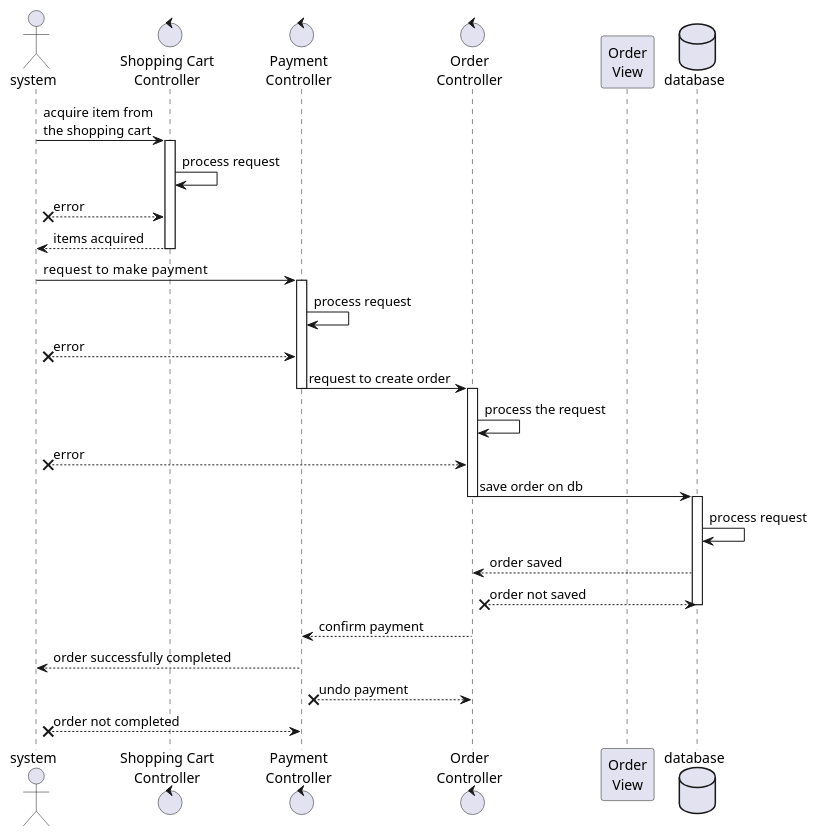
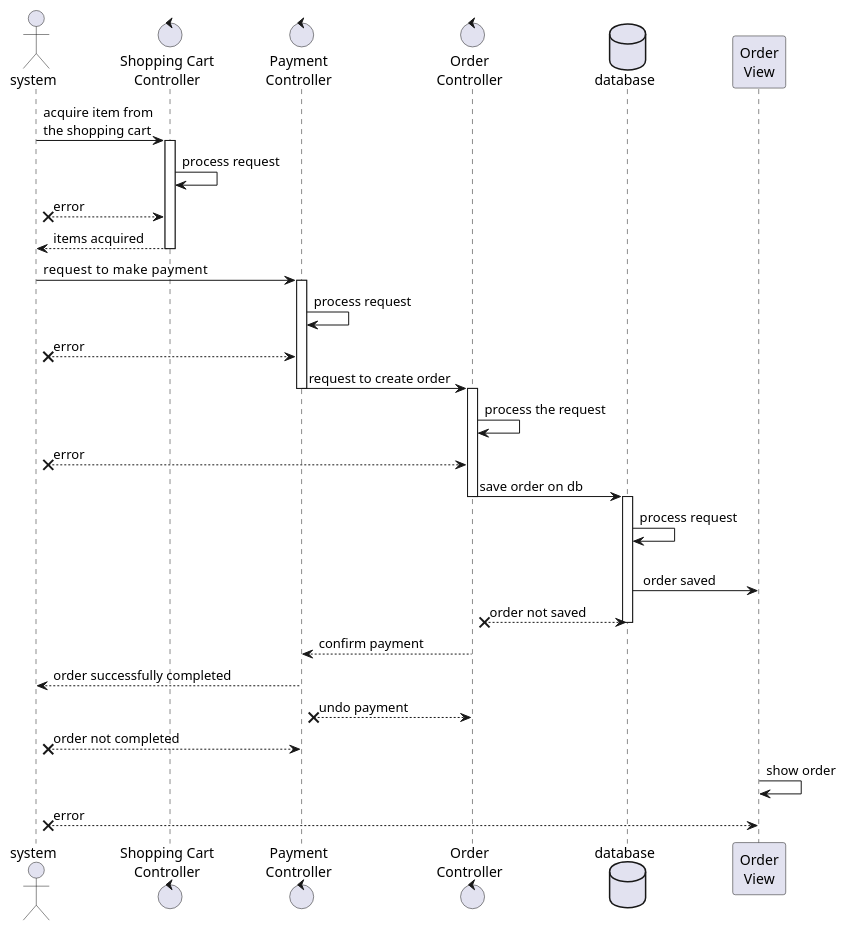
One commit to TommasoScalici/FoodDelivery changed the diagram in src/main/java/unipa/fooddelivery/diagrams/sequence/system/orderProcessing.wsd. Above: the diagram before and after it, drawn with PlantUML. The commit also changed 3 other files, not shown here.

Commit message:
create sequence diagram for shoppingcart, orderProcessing, reservationProcessing, fix some stuff

```diff
--- a/src/main/java/unipa/fooddelivery/diagrams/sequence/system/orderProcessing.wsd
+++ b/src/main/java/unipa/fooddelivery/diagrams/sequence/system/orderProcessing.wsd
@@ -1,43 +1,46 @@
 @startuml orderProcessing
 
 actor system
 control "Shopping Cart\nController" as shopController
 control "Payment\nController" as paymentController
 control "Order\nController" as orderController
+Database database as db
 participant "Order\nView" as orderView
-Database database as db
 
 system -> shopController: acquire item from\nthe shopping cart
 
 activate shopController
 shopController -> shopController: process request
 system x-- shopController: error
 system <-- shopController: items acquired
 deactivate shopController
 
 system -> paymentController: request to make   payment
 
 activate paymentController
 paymentController -> paymentController: process request
 system x-- paymentController: error
 paymentController -> orderController: request to create order
 deactivate paymentController
 
 activate orderController
 orderController -> orderController: process the request
 system x-- orderController: error
 orderController -> db: save order on db
 deactivate orderController
 
 activate db
 db -> db : process request
-orderController <-- db : order saved
+db -> orderView : \n order saved
+
 orderController x-- db : order not saved
 deactivate db
 
 paymentController <-- orderController : confirm payment
 system <-- paymentController : order successfully completed
 paymentController x-- orderController : undo payment
 system x-- paymentController : order not completed
+orderView -> orderView : show order
+system x-- orderView : error
 
 @enduml 
```
